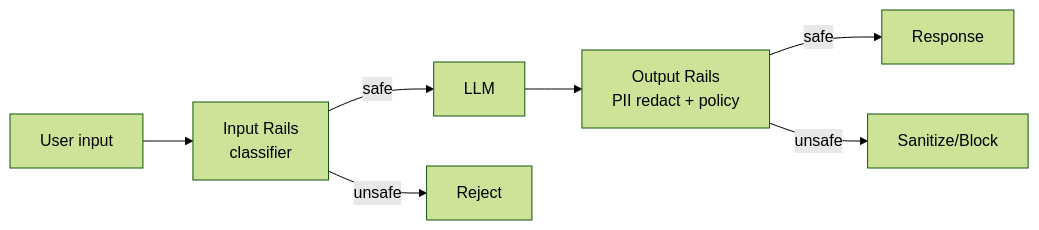
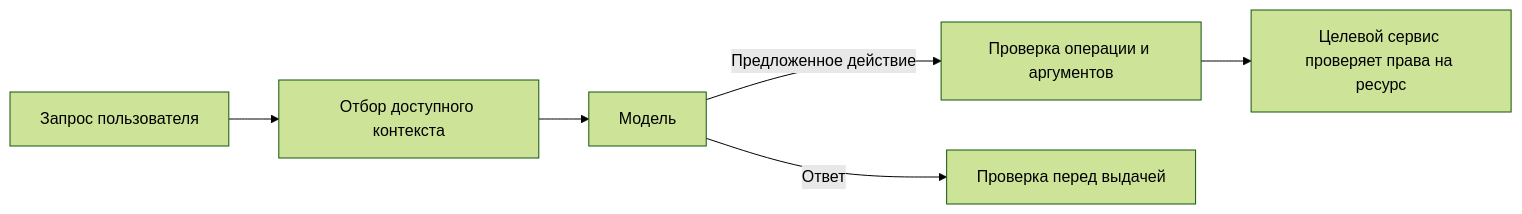
Before and after one commit to akeverus/cheat-sheet: the eighth of 10 diagrams in cheatsheets/interview/ai-ml/ai-application-architecture-interview.md, drawn with Mermaid (forest theme). The commit also changed other lines of this file and 154 other files, not shown here.

````diff
--- a/cheatsheets/interview/ai-ml/ai-application-architecture-interview.md
+++ b/cheatsheets/interview/ai-ml/ai-application-architecture-interview.md
@@ -663,9 +548,8 @@
 ```mermaid
 flowchart LR
-    In[User input] --> IR[Input Rails<br/>classifier]
-    IR -->|safe| LLM
-    IR -->|unsafe| Block1[Reject]
-    LLM --> OR[Output Rails<br/>PII redact + policy]
-    OR -->|safe| Out[Response]
-    OR -->|unsafe| Block2[Sanitize/Block]
+    U[Запрос пользователя] --> R[Отбор доступного контекста]
+    R --> M[Модель]
+    M -->|Предложенное действие| E[Проверка операции и аргументов]
+    E --> S[Целевой сервис проверяет права на ресурс]
+    M -->|Ответ| O[Проверка перед выдачей]
 ```
````
